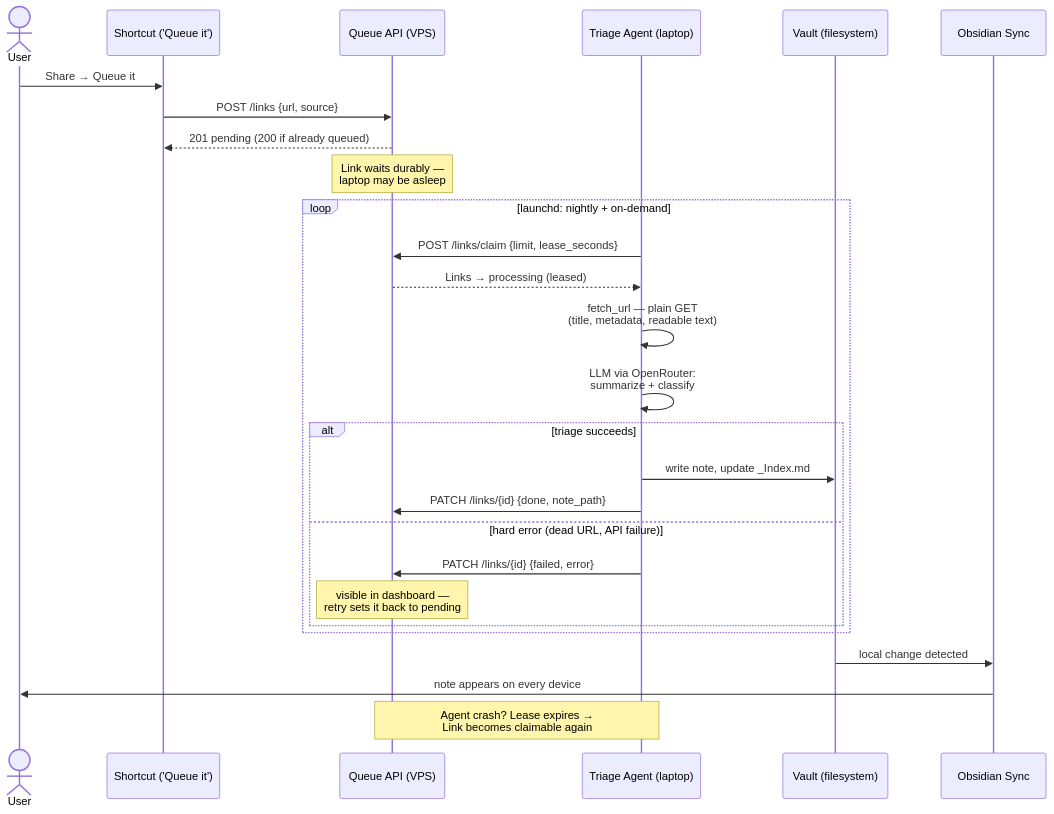
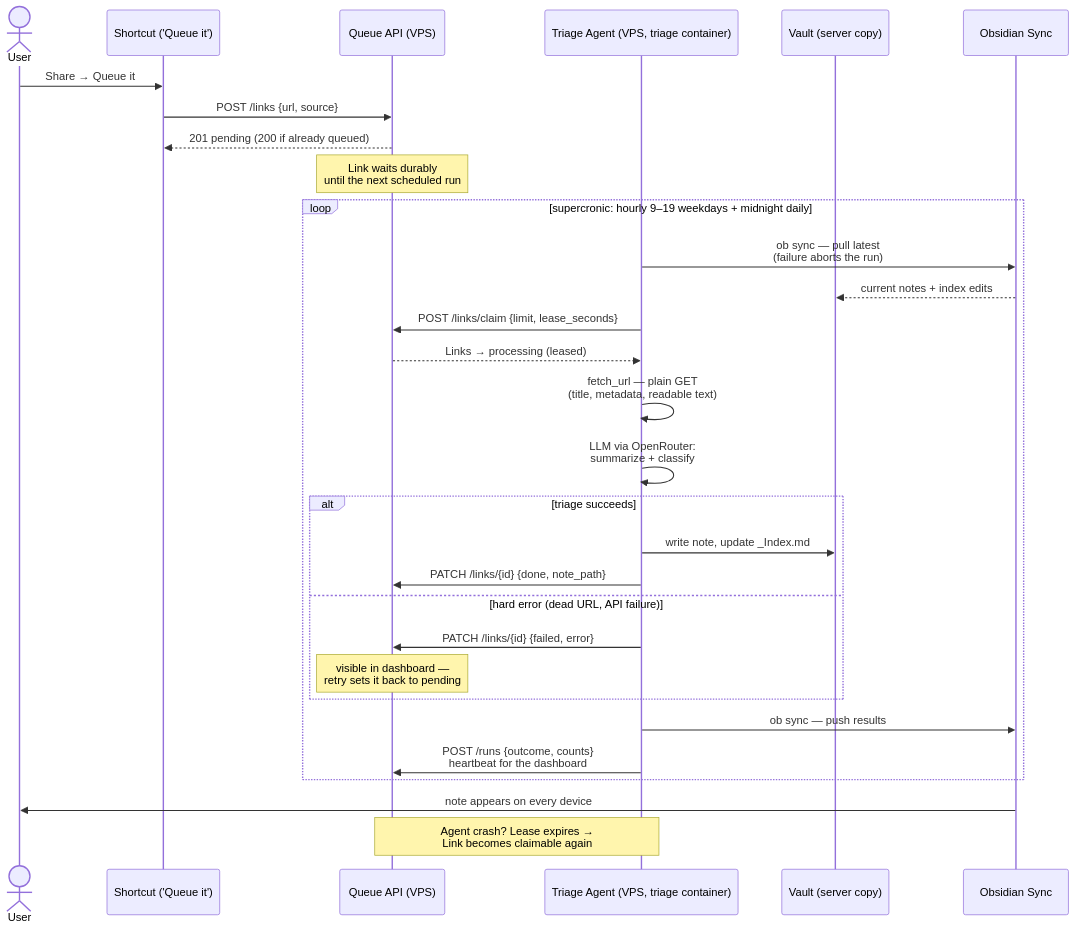
Before and after one commit to palsagar/obsidian-linkqueue: the second of 2 diagrams in docs/ARCHITECTURE.md, drawn with Mermaid. The commit also changed other lines of this file and 19 other files, not shown here.

First line of the commit message:
Move the Triage Agent server-side with headless Obsidian Sync (ADR 0005)

````diff
--- a/docs/ARCHITECTURE.md
+++ b/docs/ARCHITECTURE.md
@@ -42,32 +41,35 @@
 ```mermaid
 sequenceDiagram
     actor U as User
     participant S as Shortcut ('Queue it')
     participant Q as Queue API (VPS)
-    participant T as Triage Agent (laptop)
-    participant V as Vault (filesystem)
+    participant T as Triage Agent (VPS, triage container)
+    participant V as Vault (server copy)
     participant O as Obsidian Sync
 
     U->>S: Share → Queue it
     S->>Q: POST /links {url, source}
     Q-->>S: 201 pending (200 if already queued)
-    Note over Q: Link waits durably —<br/>laptop may be asleep
+    Note over Q: Link waits durably<br/>until the next scheduled run
 
-    loop launchd: nightly + on-demand
+    loop supercronic: hourly 9–19 weekdays + midnight daily
+        T->>O: ob sync — pull latest<br/>(failure aborts the run)
+        O-->>V: current notes + index edits
         T->>Q: POST /links/claim {limit, lease_seconds}
         Q-->>T: Links → processing (leased)
         T->>T: fetch_url — plain GET<br/>(title, metadata, readable text)
         T->>T: LLM via OpenRouter:<br/>summarize + classify
         alt triage succeeds
             T->>V: write note, update _Index.md
             T->>Q: PATCH /links/{id} {done, note_path}
         else hard error (dead URL, API failure)
             T->>Q: PATCH /links/{id} {failed, error}
             Note over Q: visible in dashboard —<br/>retry sets it back to pending
         end
+        T->>O: ob sync — push results
+        T->>Q: POST /runs {outcome, counts}<br/>heartbeat for the dashboard
     end
 
-    V->>O: local change detected
     O->>U: note appears on every device
     Note over T,Q: Agent crash? Lease expires →<br/>Link becomes claimable again
 ```
````
